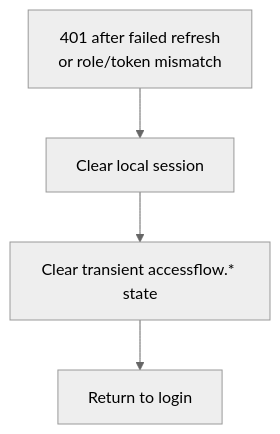
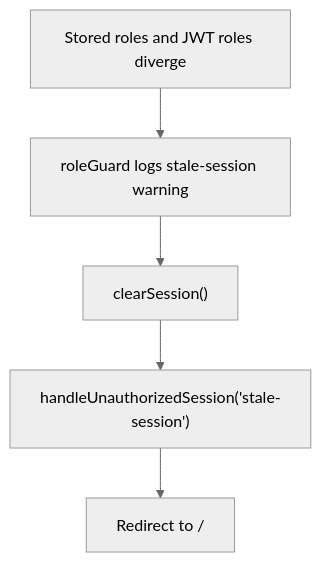
One commit to digitaldodo/visitor-management-system changed the ninth of 42 diagrams in PROJECT_OVERVIEW.md. Above: the diagram before and after it, drawn with Mermaid (neutral theme). The commit also changed other lines of this file and 1 other file, not shown here.

````diff
--- a/PROJECT_OVERVIEW.md
+++ b/PROJECT_OVERVIEW.md
@@ -205,6 +267,7 @@
 ```mermaid
 flowchart TD
-    Stale["401 after failed refresh<br/>or role/token mismatch"] --> Clear["Clear local session"]
-    Clear --> Storage["Clear transient accessflow.* state"]
-    Storage --> Login["Return to login"]
+    Mismatch["Stored roles and JWT roles diverge"] --> Warn["roleGuard logs stale-session warning"]
+    Warn --> Clear["clearSession()"]
+    Clear --> Recover["handleUnauthorizedSession('stale-session')"]
+    Recover --> Login["Redirect to /"]
 ```
````
